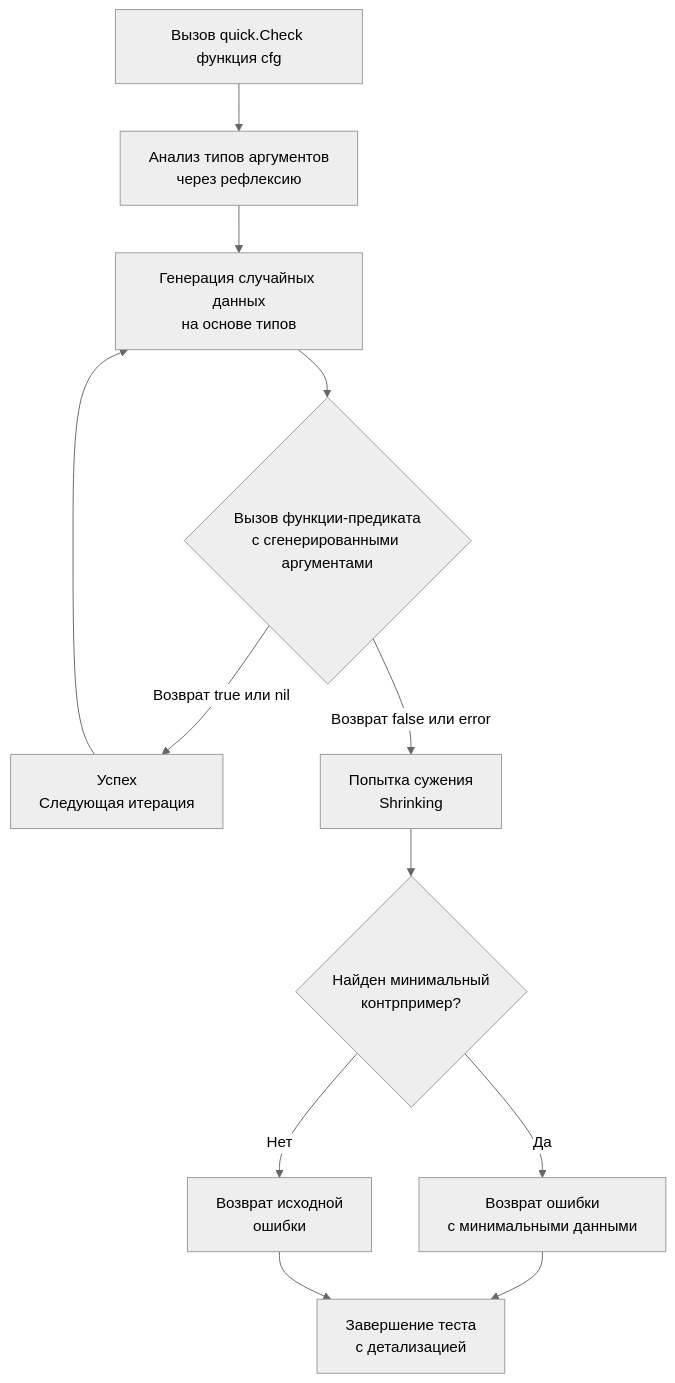
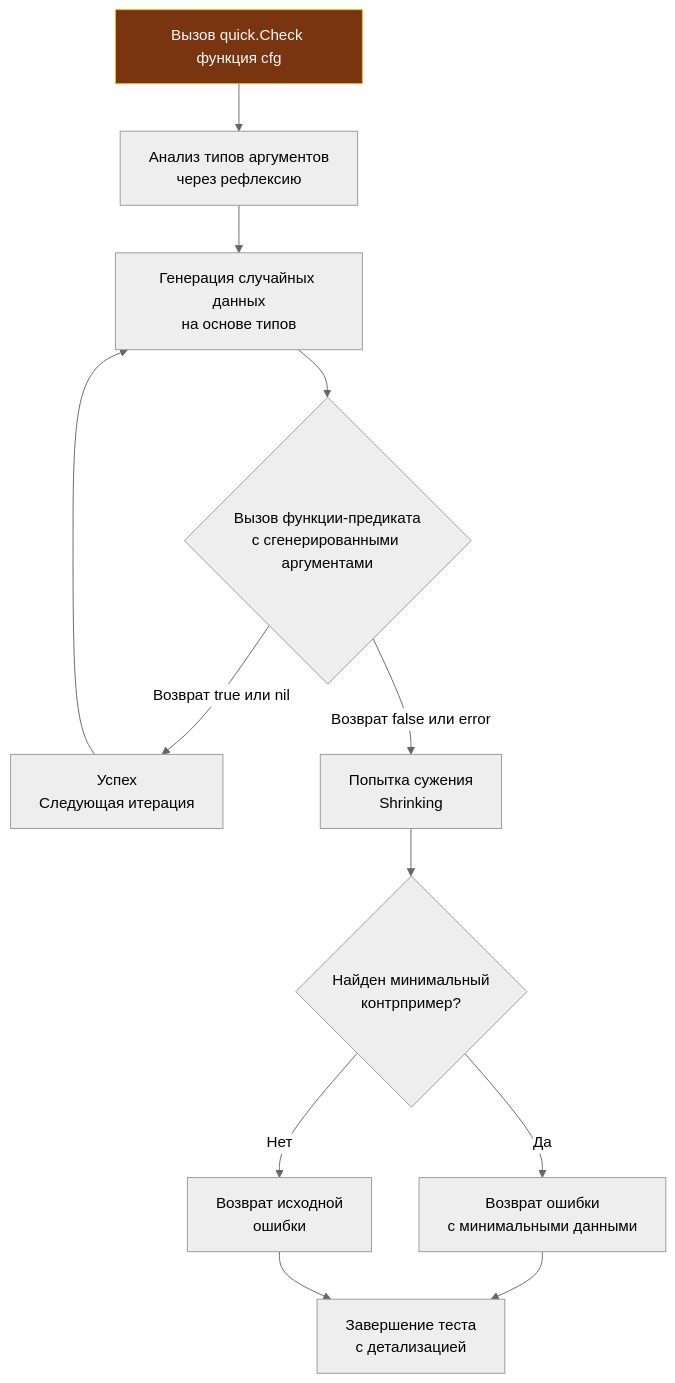
One commit to UnrealTemplier/go-textbook changed the diagram in sources/6. Стандартная библиотека Go/46. testing_quick и property based testing.md. Above: the diagram before and after it, drawn with Mermaid (neutral theme). The commit also changed 1666 other files, not shown here.

First line of the commit message:
feat(mermaid): add semantic color classDef to 1369 colorless flowchart/graph diagrams

````diff
--- a/sources/6. Стандартная библиотека Go/46. testing_quick и property based testing.md
+++ b/sources/6. Стандартная библиотека Go/46. testing_quick и property based testing.md
@@ -30,14 +30,24 @@
 ```mermaid
 flowchart TD
-    A["Вызов quick.Check функция cfg"] --> B["Анализ типов аргументов<br>через рефлексию"]
+    classDef process  fill:#1e293b,stroke:#38bdf8,stroke-width:1px,color:#f8fafc
+    classDef success  fill:#064e3b,stroke:#34d399,stroke-width:1px,color:#f8fafc
+    classDef error    fill:#7f1d1d,stroke:#f87171,stroke-width:1px,color:#f8fafc
+    classDef warning  fill:#78350f,stroke:#fbbf24,stroke-width:1px,color:#f8fafc
+    classDef entry    fill:#1e3a5f,stroke:#38bdf8,stroke-width:2px,color:#f8fafc
+    classDef aux      fill:#334155,stroke:#64748b,stroke-width:1px,color:#f8fafc
+    classDef system   fill:#312e81,stroke:#a78bfa,stroke-width:1px,color:#f8fafc
+    classDef data     fill:#132d29,stroke:#2dd4bf,stroke-width:1px,color:#f8fafc
+    classDef network  fill:#881337,stroke:#fb7185,stroke-width:1px,color:#f8fafc
+    classDef accent   fill:#1e1b4b,stroke:#818cf8,stroke-width:1px,color:#f8fafc
+    A["Вызов quick.Check функция cfg"]:::warning --> B["Анализ типов аргументов<br>через рефлексию"]
     B --> C["Генерация случайных данных<br>на основе типов"]
     C --> D{"Вызов функции-предиката<br>с сгенерированными аргументами"}
     D -->|Возврат true или nil| E["Успех<br>Следующая итерация"]
     D -->|Возврат false или error| F["Попытка сужения<br>Shrinking"]
     F --> G{"Найден минимальный<br>контрпример?"}
     G -->|Да| H["Возврат ошибки<br>с минимальными данными"]
     G -->|Нет| I["Возврат исходной<br>ошибки"]
     E --> C
     H --> J["Завершение теста<br>с детализацией"]
     I --> J
 ```
````
